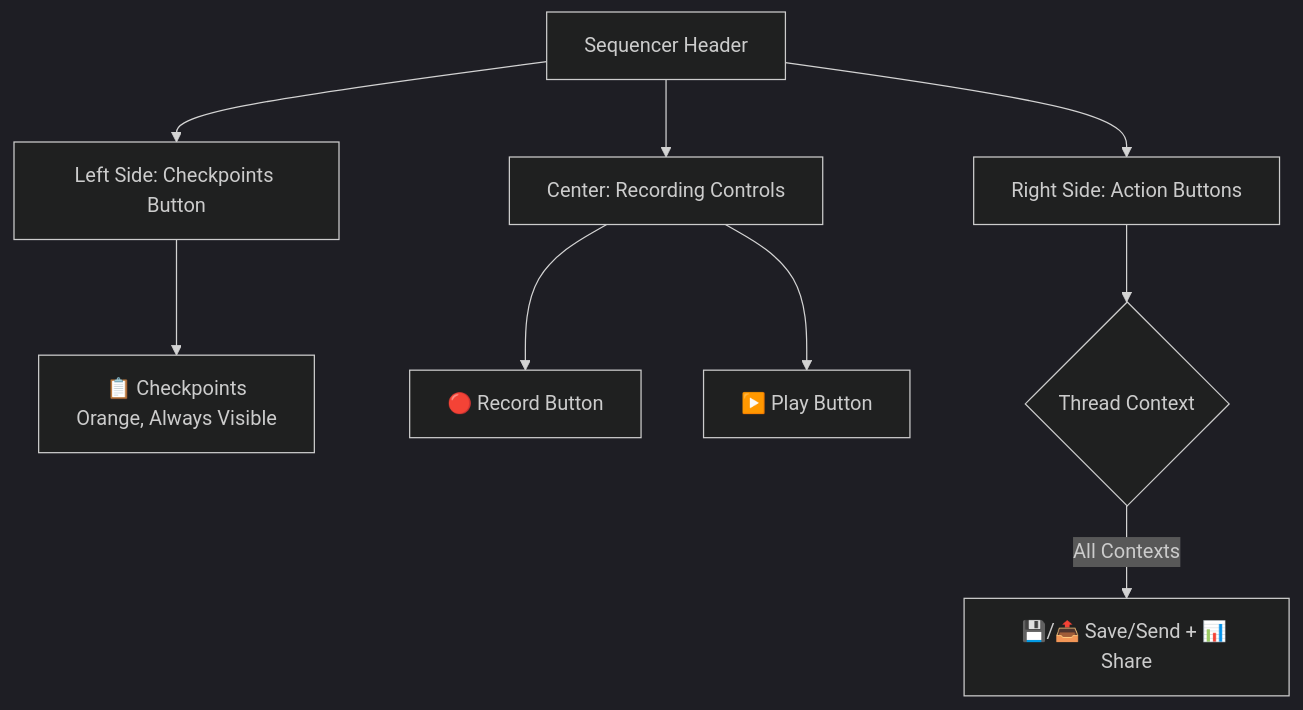
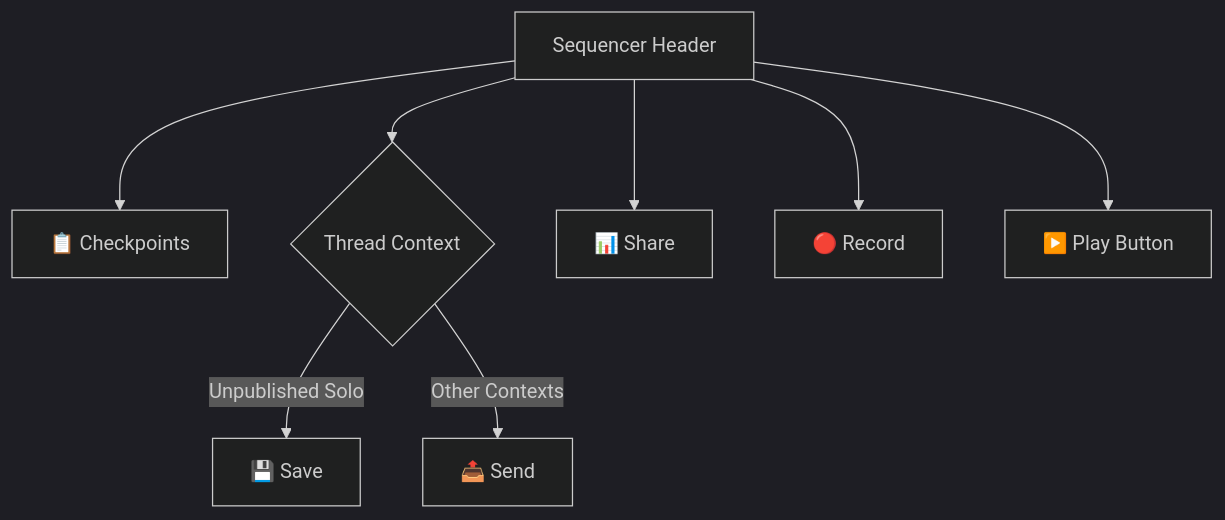
One commit to luddite478/fortuned changed the first of 3 diagrams in docs/user_flow/sequencer_header_layout.md. Above: the diagram before and after it, drawn with Mermaid (dark theme). The commit also changed 2 other files, not shown here.

Commit message:
test bindings

````diff
--- a/docs/user_flow/sequencer_header_layout.md
+++ b/docs/user_flow/sequencer_header_layout.md
@@ -5,14 +5,11 @@
 ```mermaid
 graph TD
-    A[Sequencer Header] --> B[Left Side: Checkpoints Button]
-    A --> C[Center: Recording Controls]
-    A --> D[Right Side: Action Buttons]
-    
-    B --> E[📋 Checkpoints<br/>Orange, Always Visible]
-    
-    C --> F[🔴 Record Button]
-    C --> G[▶️ Play Button]
-    
-    D --> H{Thread Context}
-    H -->|All Contexts| I[💾/📤 Save/Send + 📊 Share]
+    A[Sequencer Header] --> B[📋 Checkpoints]
+    A --> H{Thread Context}
+    H -->|Unpublished Solo| J[💾 Save]
+    H -->|Other Contexts| K[📤 Send]
+
+    A --> F[📊 Share]
+    A --> D[🔴 Record]
+    A --> E[▶️ Play Button]
 ```
````
